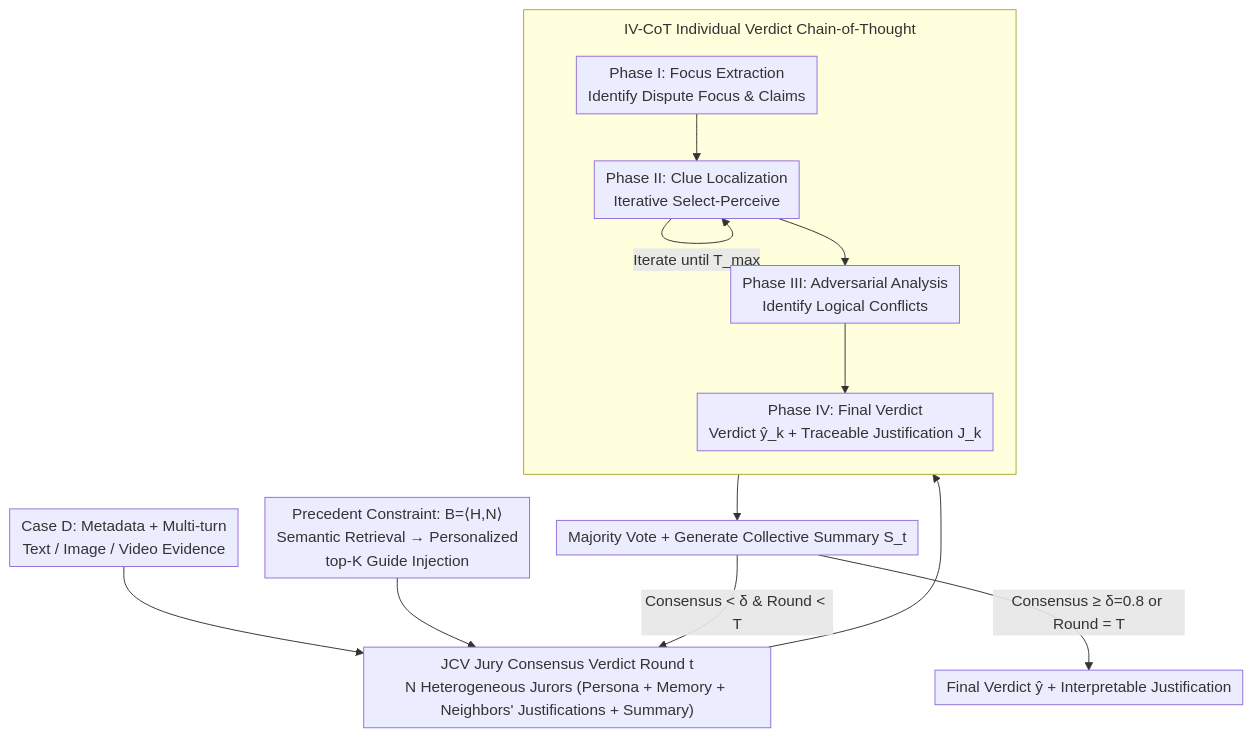
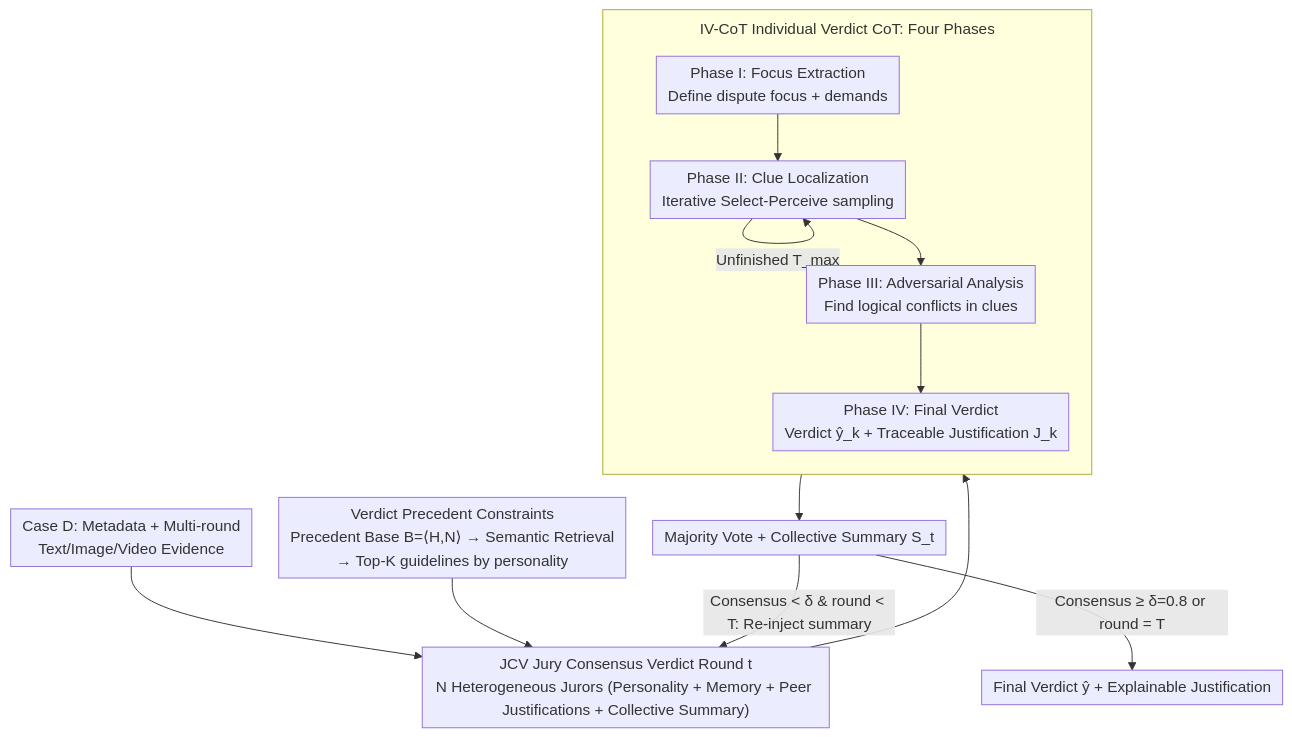
Before and after one commit to zhaoyang97/Paper-Notes-en: the diagram in docs/ICML2026/multimodal_vlm/cyberjurors_a_multi-agent_simulation_task_for_e-commerce_disputes_verdict.md, drawn with Mermaid. The commit also changed other lines of this file and 5084 other files, not shown here.

````diff
--- a/docs/ICML2026/multimodal_vlm/cyberjurors_a_multi-agent_simulation_task_for_e-commerce_disputes_verdict.md
+++ b/docs/ICML2026/multimodal_vlm/cyberjurors_a_multi-agent_simulation_task_for_e-commerce_disputes_verdict.md
@@ -44,17 +44,17 @@
 ```mermaid
 %%{init: {'flowchart': {'rankSpacing': 24, 'nodeSpacing': 28, 'padding': 6, 'wrappingWidth': 400, 'subGraphTitleMargin': {'top': 8, 'bottom': 16}}}}%%
 flowchart TD
-    D["Case D: Metadata + Multi-turn<br/>Text / Image / Video Evidence"] --> R
-    PB["Precedent Constraint: B=⟨H,N⟩<br/>Semantic Retrieval → Personalized<br/>top-K Guide Injection"] --> R
-    R["JCV Jury Consensus Verdict Round t<br/>N Heterogeneous Jurors (Persona + Memory + Neighbors' Justifications + Summary)"] --> IVCOT
-    subgraph IVCOT["IV-CoT Individual Verdict Chain-of-Thought"]
+    D["Case D: Metadata + Multi-round<br/>Text/Image/Video Evidence"] --> R
+    PB["Verdict Precedent Constraints<br/>Precedent Base B=⟨H,N⟩ → Semantic Retrieval<br/>→ Top-K guidelines by personality"] --> R
+    R["JCV Jury Consensus Verdict Round t<br/>N Heterogeneous Jurors (Personality + Memory + Peer Justifications + Collective Summary)"] --> IVCOT
+    subgraph IVCOT["IV-CoT Individual Verdict CoT: Four Phases"]
         direction TB
-        S1["Phase I: Focus Extraction<br/>Identify Dispute Focus & Claims"] --> S2["Phase II: Clue Localization<br/>Iterative Select-Perceive"]
-        S2 -->|Iterate until T_max| S2
-        S2 --> S3["Phase III: Adversarial Analysis<br/>Identify Logical Conflicts"]
+        S1["Phase I: Focus Extraction<br/>Define dispute focus + demands"] --> S2["Phase II: Clue Localization<br/>Iterative Select-Perceive sampling"]
+        S2 -->|Unfinished T_max| S2
+        S2 --> S3["Phase III: Adversarial Analysis<br/>Find logical conflicts in clues"]
         S3 --> S4["Phase IV: Final Verdict<br/>Verdict ŷ_k + Traceable Justification J_k"]
     end
-    IVCOT --> VOTE["Majority Vote + Generate Collective Summary S_t"]
-    VOTE -->|"Consensus < δ & Round < T"| R
-    VOTE -->|"Consensus ≥ δ=0.8 or Round = T"| OUT["Final Verdict ŷ + Interpretable Justification"]
+    IVCOT --> VOTE["Majority Vote + Collective Summary S_t"]
+    VOTE -->|"Consensus < δ & round < T: Re-inject summary"| R
+    VOTE -->|"Consensus ≥ δ=0.8 or round = T"| OUT["Final Verdict ŷ + Explainable Justification"]
 ```
````
